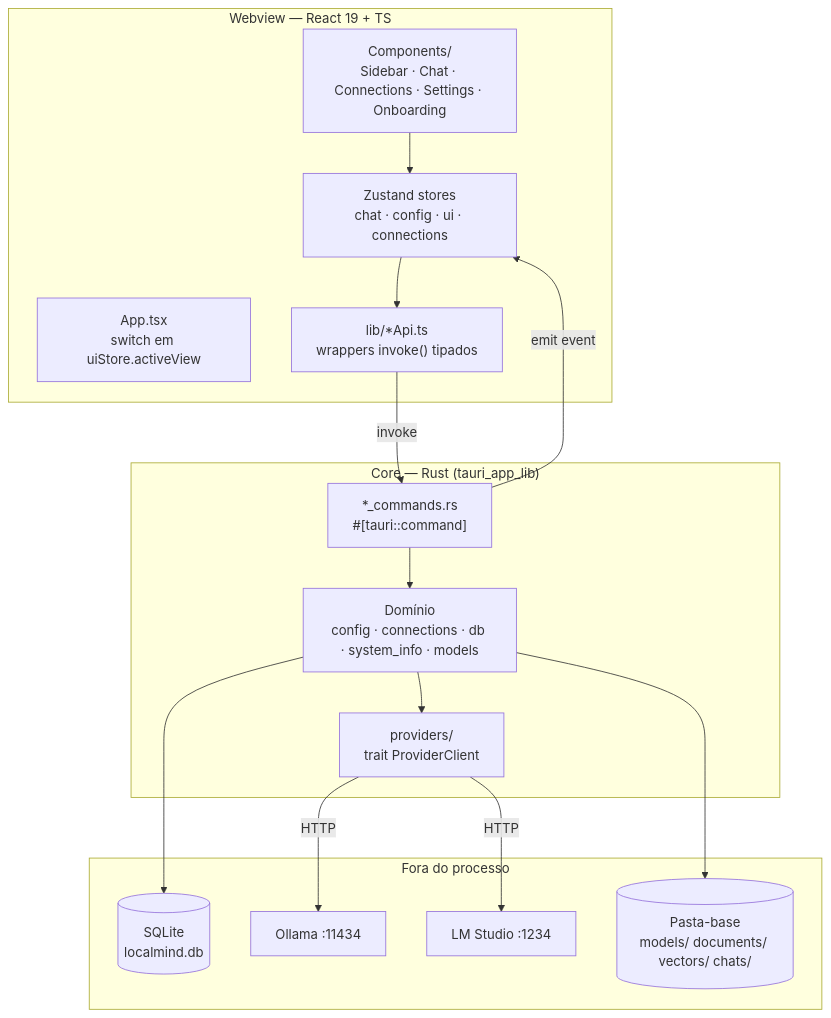
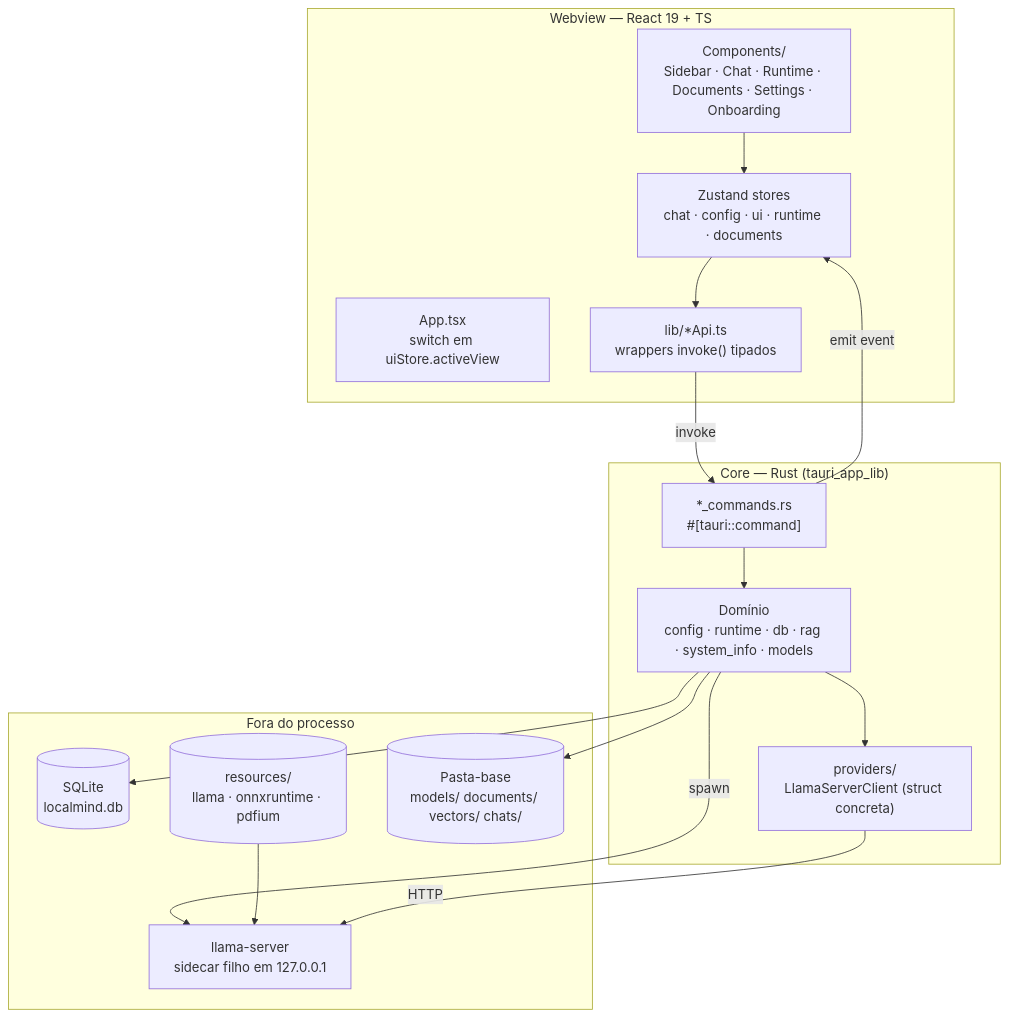
One commit to rafaelsene01/agent-local changed the diagram in .specs/codebase/ARCHITECTURE.md. Above: the diagram before and after it, drawn with Mermaid. The commit also changed other lines of this file and 87 other files, not shown here.

````diff
--- a/.specs/codebase/ARCHITECTURE.md
+++ b/.specs/codebase/ARCHITECTURE.md
@@ -7,26 +7,28 @@
 ```mermaid
 graph TD
     subgraph WV["Webview — React 19 + TS"]
         APP["App.tsx<br/>switch em uiStore.activeView"]
-        COMP["Components/<br/>Sidebar · Chat · Connections · Settings · Onboarding"]
-        STORE["Zustand stores<br/>chat · config · ui · connections"]
+        COMP["Components/<br/>Sidebar · Chat · Runtime · Documents · Settings · Onboarding"]
+        STORE["Zustand stores<br/>chat · config · ui · runtime · documents"]
         API["lib/*Api.ts<br/>wrappers invoke() tipados"]
     end
     subgraph RS["Core — Rust (tauri_app_lib)"]
         CMD["*_commands.rs<br/>#[tauri::command]"]
-        DOM["Domínio<br/>config · connections · db · system_info · models"]
-        PROV["providers/<br/>trait ProviderClient"]
+        DOM["Domínio<br/>config · runtime · db · rag · system_info · models"]
+        PROV["providers/<br/>LlamaServerClient (struct concreta)"]
     end
     subgraph EXT["Fora do processo"]
         SQL[("SQLite<br/>localmind.db")]
-        OLL["Ollama :11434"]
-        LMS["LM Studio :1234"]
+        SIDE["llama-server<br/>sidecar filho em 127.0.0.1"]
+        RES[("resources/<br/>llama · onnxruntime · pdfium")]
         FS[("Pasta-base<br/>models/ documents/ vectors/ chats/")]
     end
     COMP --> STORE --> API -->|invoke| CMD
     CMD --> DOM --> PROV
     CMD -->|emit event| STORE
     DOM --> SQL
     DOM --> FS
-    PROV -->|HTTP| OLL & LMS
+    DOM -->|spawn| SIDE
+    RES --> SIDE
+    PROV -->|HTTP| SIDE
 ```
````
